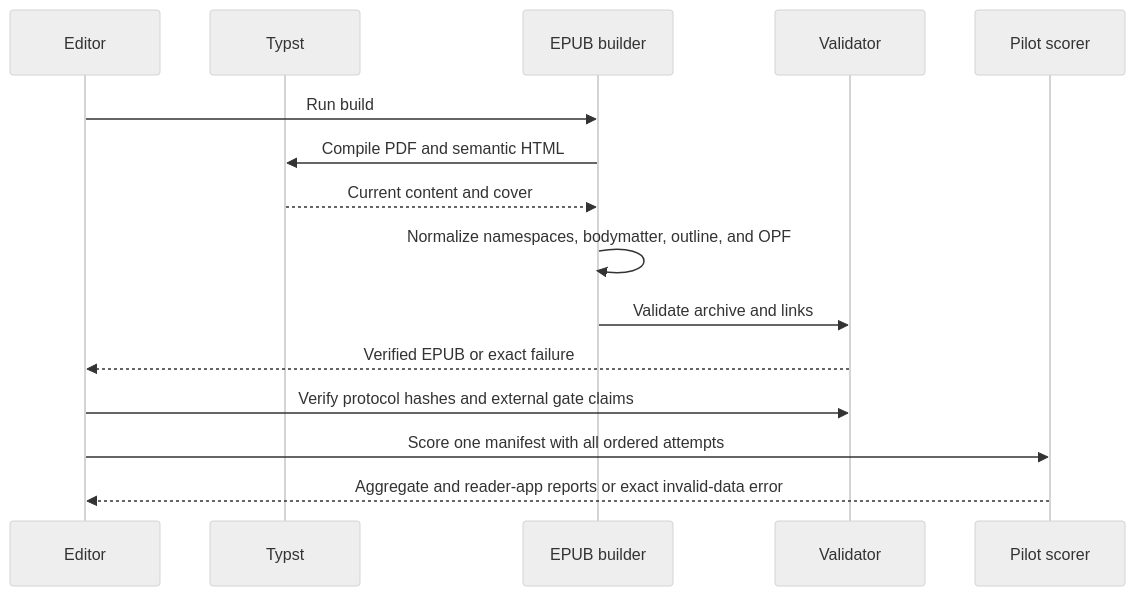
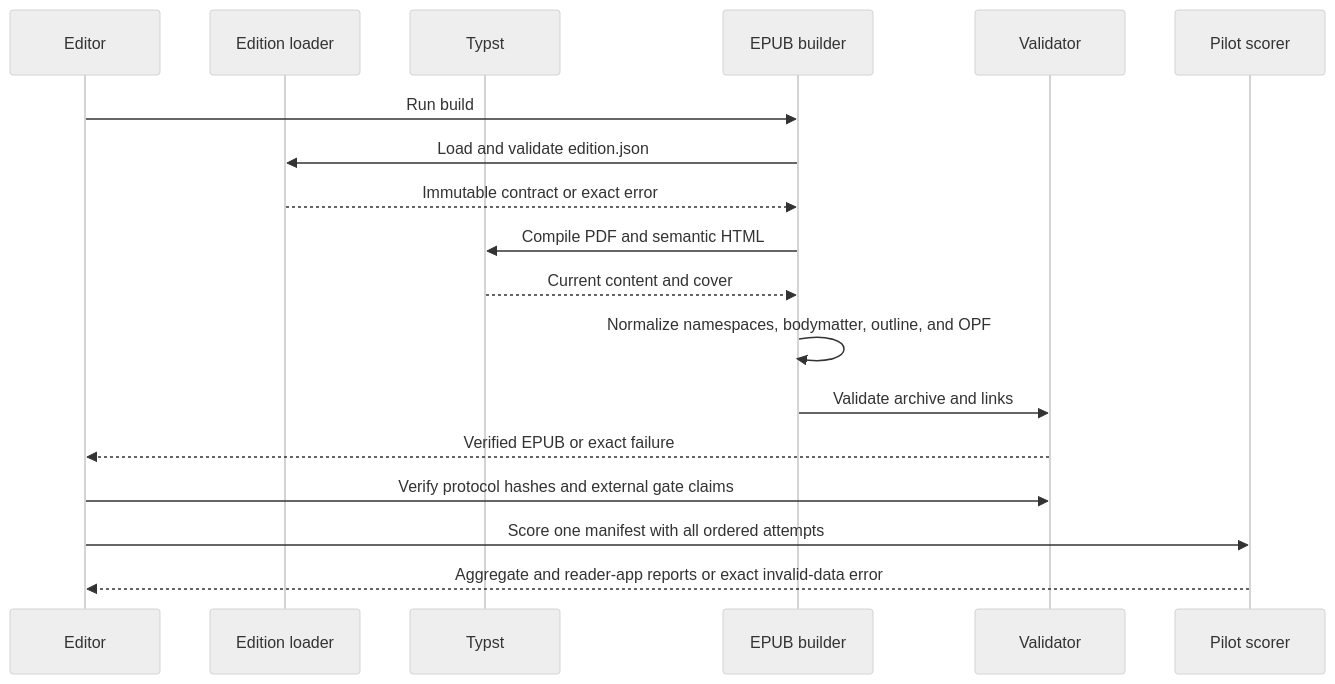
The third of 5 diagrams in scripts/AGENTS.md (streamentry/streamentry), drawn with Mermaid (neutral theme) before and after one commit. The commit also changed other lines of this file and 30 other files, not shown here.

Commit message:
Centralize edition and locale publication contract

````diff
--- a/scripts/AGENTS.md
+++ b/scripts/AGENTS.md
@@ -69,17 +91,20 @@
 ```mermaid
 sequenceDiagram
   participant U as Editor
+  participant D as Edition loader
   participant T as Typst
   participant B as EPUB builder
   participant V as Validator
   participant S as Pilot scorer
   U->>B: Run build
+  B->>D: Load and validate edition.json
+  D-->>B: Immutable contract or exact error
   B->>T: Compile PDF and semantic HTML
   T-->>B: Current content and cover
   B->>B: Normalize namespaces, bodymatter, outline, and OPF
   B->>V: Validate archive and links
   V-->>U: Verified EPUB or exact failure
   U->>V: Verify protocol hashes and external gate claims
   U->>S: Score one manifest with all ordered attempts
   S-->>U: Aggregate and reader-app reports or exact invalid-data error
 ```
````
